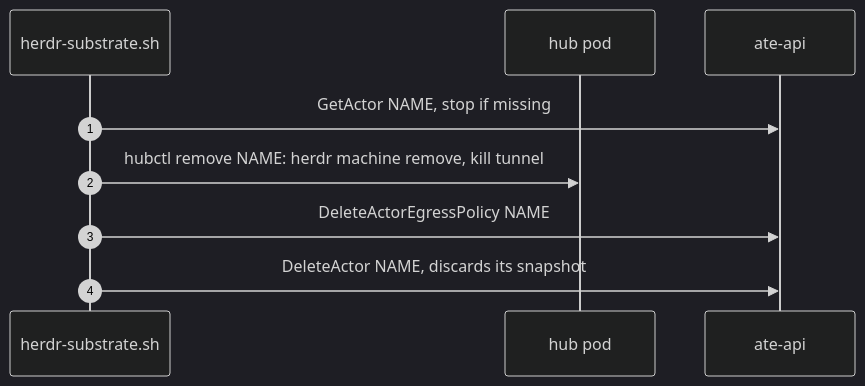
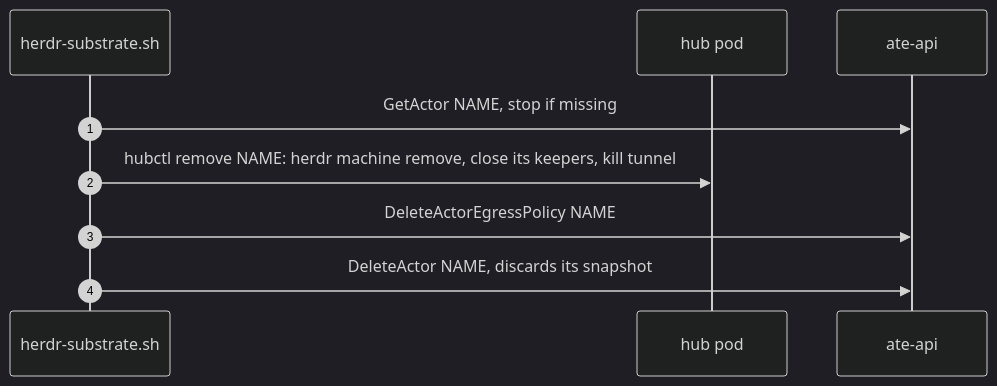
Before and after one commit to danaschwanden/herdr-agent-substrate: diagram 18 of 19 in README.md, drawn with Mermaid (dark theme). The commit also changed other lines of this file and 8 other files, not shown here.

````diff
--- a/README.md
+++ b/README.md
@@ -1213,11 +1220,11 @@
 ```mermaid
 sequenceDiagram
   autonumber
   participant S as herdr-substrate.sh
   participant H as hub pod
   participant A as ate-api
   S->>A: GetActor NAME, stop if missing
-  S->>H: hubctl remove NAME: herdr machine remove, kill tunnel
+  S->>H: hubctl remove NAME: herdr machine remove, close its keepers, kill tunnel
   S->>A: DeleteActorEgressPolicy NAME
   S->>A: DeleteActor NAME, discards its snapshot
 ```
````
